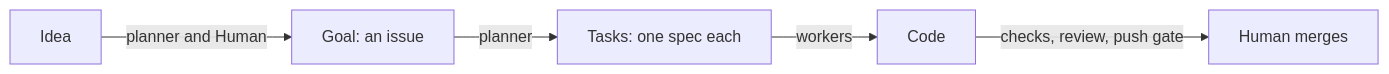
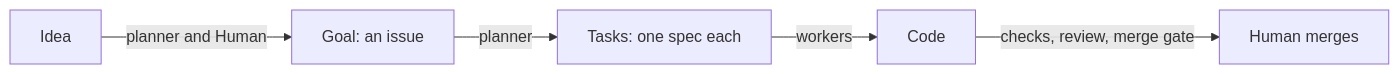
The first of 3 diagrams in docs/architecture/PRINCIPLES.md (trustmybot/tmb), drawn with Mermaid before and after one commit. The commit also changed other lines of this file and 11 other files, not shown here.

First line of the commit message:
📝 docs: review gates the merge, the push gate guards the base branch

````diff
--- a/docs/architecture/PRINCIPLES.md
+++ b/docs/architecture/PRINCIPLES.md
@@ -5,7 +5,7 @@
 ```mermaid
 flowchart LR
     I["Idea"] -->|"planner and Human"| G["Goal: an issue"]
     G -->|"planner"| T["Tasks: one spec each"]
     T -->|"workers"| C["Code"]
-    C -->|"checks, review, push gate"| M["Human merges"]
+    C -->|"checks, review, merge gate"| M["Human merges"]
 ```
````
